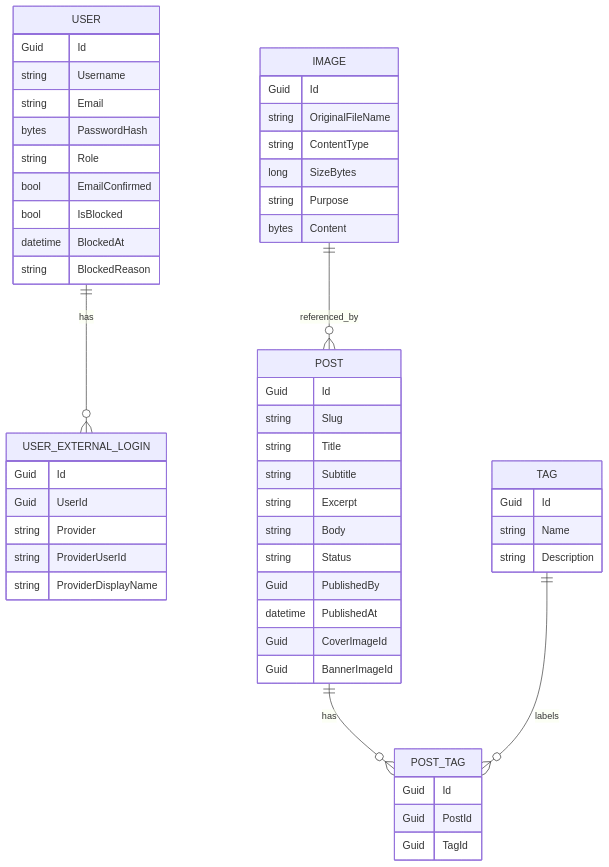
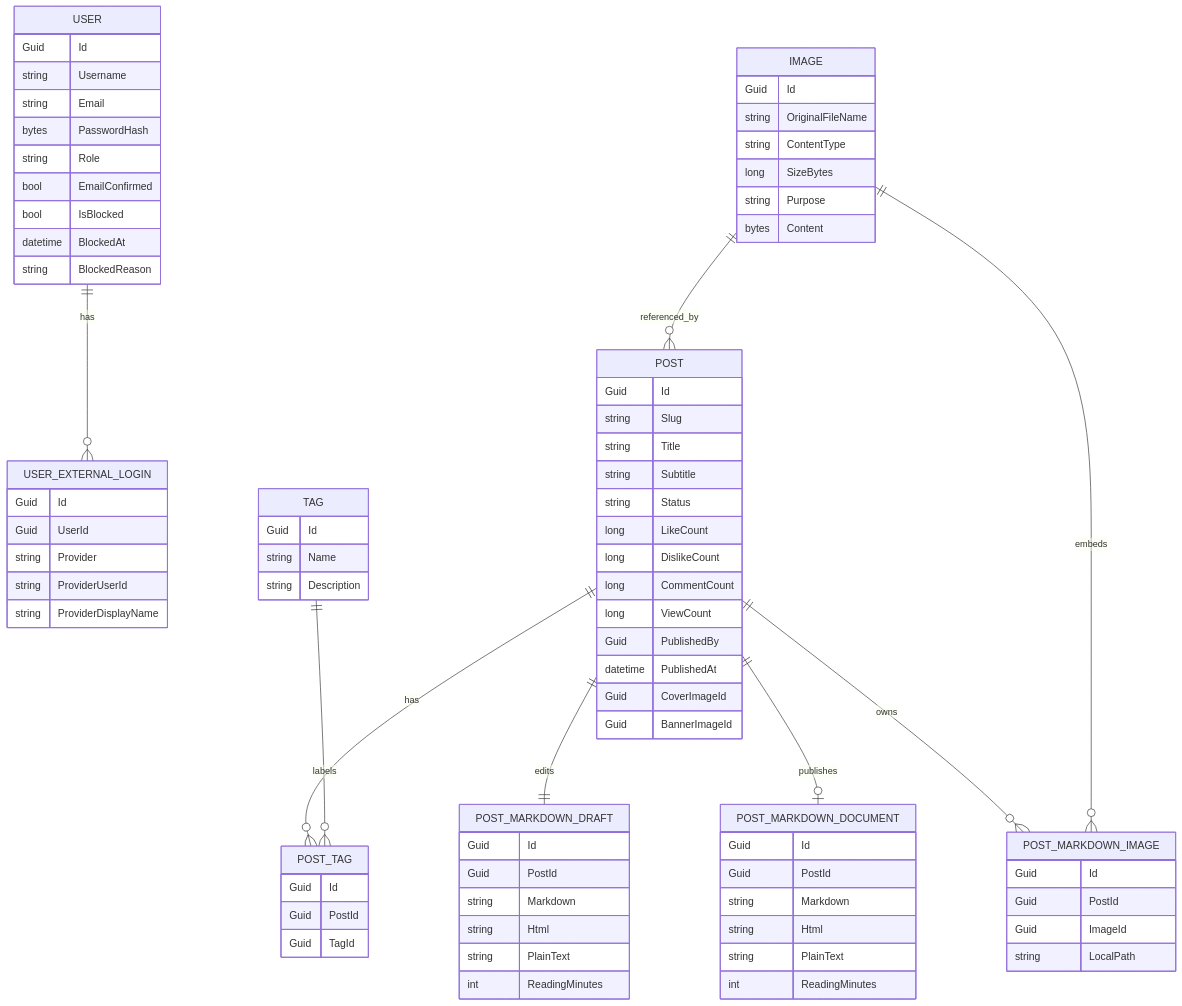
One commit to 2chevskii/zerox2c-blog-backend changed the diagram in docs/architecture/data-schema.md. Above: the diagram before and after it, drawn with Mermaid. The commit also changed other lines of this file and 33 other files, not shown here.

Commit message:
feat: add markdown document publishing support

```diff
--- a/docs/architecture/data-schema.md
+++ b/docs/architecture/data-schema.md
@@ -308,8 +388,12 @@
 erDiagram
     USER ||--o{ USER_EXTERNAL_LOGIN : has
     POST ||--o{ POST_TAG : has
+    POST ||--|| POST_MARKDOWN_DRAFT : edits
+    POST ||--o| POST_MARKDOWN_DOCUMENT : publishes
+    POST ||--o{ POST_MARKDOWN_IMAGE : owns
     TAG ||--o{ POST_TAG : labels
     IMAGE ||--o{ POST : referenced_by
+    IMAGE ||--o{ POST_MARKDOWN_IMAGE : embeds
 
     USER {
         Guid Id
@@ -336,9 +420,11 @@
         string Slug
         string Title
         string Subtitle
-        string Excerpt
-        string Body
         string Status
+        long LikeCount
+        long DislikeCount
+        long CommentCount
+        long ViewCount
         Guid PublishedBy
         datetime PublishedAt
         Guid CoverImageId
@@ -357,6 +443,31 @@
         Guid TagId
     }
 
+    POST_MARKDOWN_DRAFT {
+        Guid Id
+        Guid PostId
+        string Markdown
+        string Html
+        string PlainText
+        int ReadingMinutes
+    }
+
+    POST_MARKDOWN_DOCUMENT {
+        Guid Id
+        Guid PostId
+        string Markdown
+        string Html
+        string PlainText
+        int ReadingMinutes
+    }
+
+    POST_MARKDOWN_IMAGE {
+        Guid Id
+        Guid PostId
+        Guid ImageId
+        string LocalPath
+    }
+
     IMAGE {
         Guid Id
         string OriginalFileName
```
